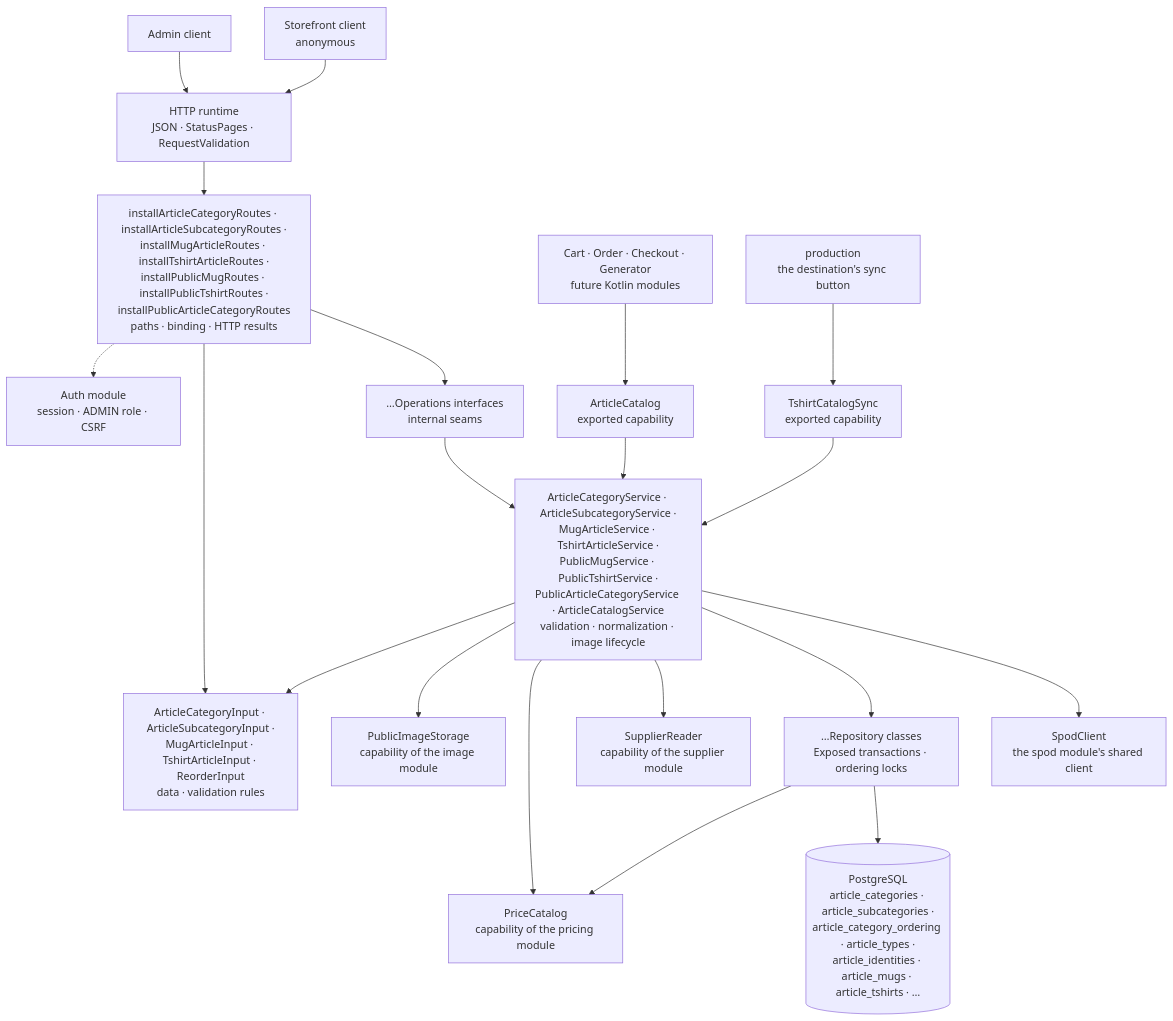
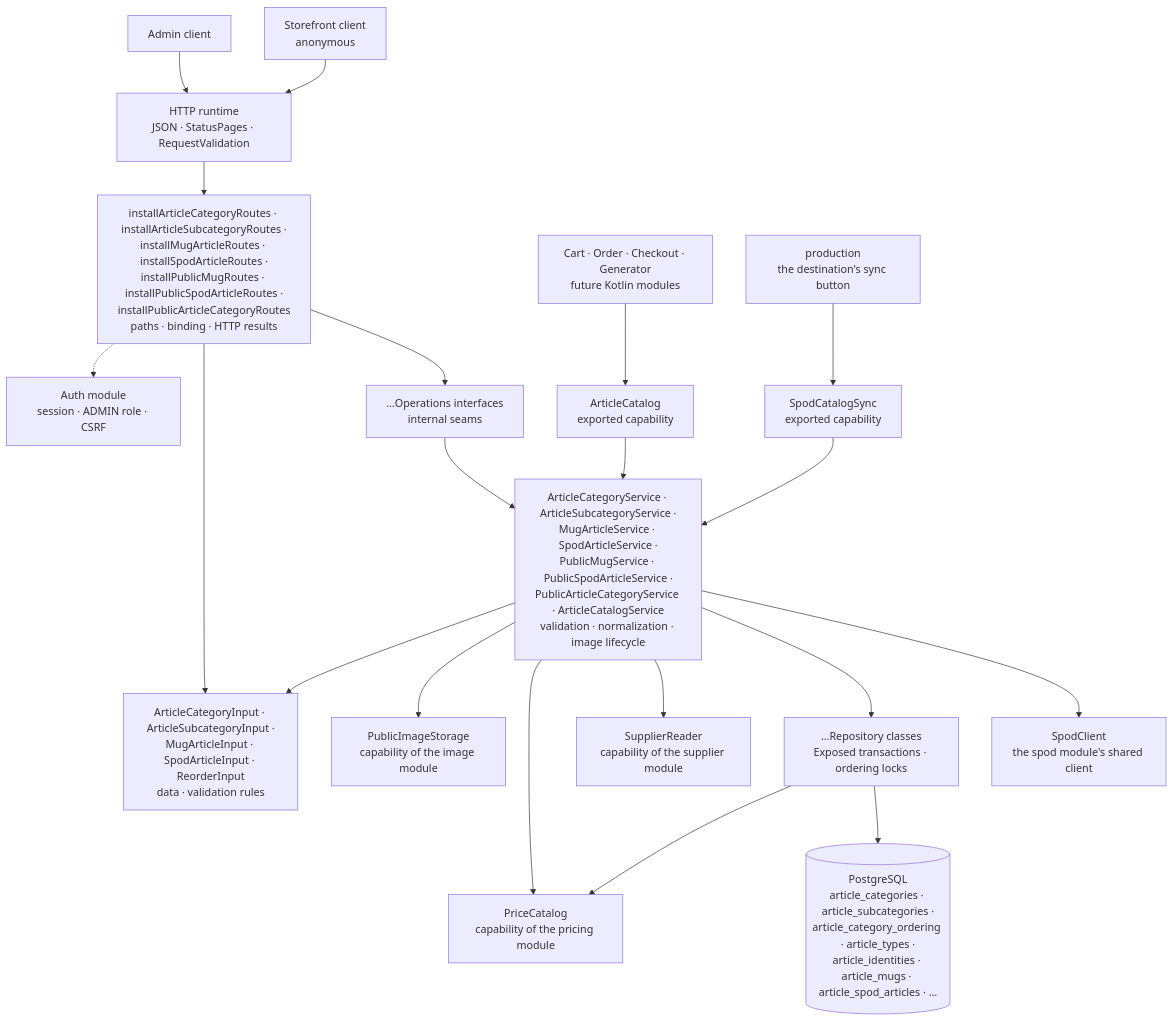
Before and after one commit to bitstorm-tech/voenix-shop-kotlin: the diagram in docs/dev/backend/packages/article-package.md, drawn with Mermaid. The commit also changed other lines of this file and 87 other files, not shown here.

First line of the commit message:
T1 (#260): the t-shirt becomes the generic SPOD article

````diff
--- a/docs/dev/backend/packages/article-package.md
+++ b/docs/dev/backend/packages/article-package.md
@@ -85,38 +91,38 @@
 ```mermaid
 flowchart TB
     Client["Admin client"]
     Shop["Storefront client<br/>anonymous"]
     Http["HTTP runtime<br/>JSON · StatusPages · RequestValidation"]
     Auth["Auth module<br/>session · ADMIN role · CSRF"]
-    Routes["installArticleCategoryRoutes · installArticleSubcategoryRoutes ·<br/>installMugArticleRoutes · installTshirtArticleRoutes ·<br/>installPublicMugRoutes · installPublicTshirtRoutes ·<br/>installPublicArticleCategoryRoutes<br/>paths · binding · HTTP results"]
-    Input["ArticleCategoryInput · ArticleSubcategoryInput ·<br/>MugArticleInput · TshirtArticleInput · ReorderInput<br/>data · validation rules"]
+    Routes["installArticleCategoryRoutes · installArticleSubcategoryRoutes ·<br/>installMugArticleRoutes · installSpodArticleRoutes ·<br/>installPublicMugRoutes · installPublicSpodArticleRoutes ·<br/>installPublicArticleCategoryRoutes<br/>paths · binding · HTTP results"]
+    Input["ArticleCategoryInput · ArticleSubcategoryInput ·<br/>MugArticleInput · SpodArticleInput · ReorderInput<br/>data · validation rules"]
     Operations["…Operations interfaces<br/>internal seams"]
     Consumer["Cart · Order · Checkout · Generator<br/>future Kotlin modules"]
     Catalog["ArticleCatalog<br/>exported capability"]
-    Sync["TshirtCatalogSync<br/>exported capability"]
+    Sync["SpodCatalogSync<br/>exported capability"]
     Production["production<br/>the destination's sync button"]
     SpodClient["SpodClient<br/>the spod module's shared client"]
-    Service["ArticleCategoryService · ArticleSubcategoryService ·<br/>MugArticleService · TshirtArticleService ·<br/>PublicMugService · PublicTshirtService ·<br/>PublicArticleCategoryService · ArticleCatalogService<br/>validation · normalization · image lifecycle"]
+    Service["ArticleCategoryService · ArticleSubcategoryService ·<br/>MugArticleService · SpodArticleService ·<br/>PublicMugService · PublicSpodArticleService ·<br/>PublicArticleCategoryService · ArticleCatalogService<br/>validation · normalization · image lifecycle"]
     Images["PublicImageStorage<br/>capability of the image module"]
     Prices["PriceCatalog<br/>capability of the pricing module"]
     Suppliers["SupplierReader<br/>capability of the supplier module"]
     Repository["…Repository classes<br/>Exposed transactions · ordering locks"]
-    Database[("PostgreSQL<br/>article_categories · article_subcategories ·<br/>article_category_ordering · article_types ·<br/>article_identities · article_mugs · article_tshirts · …")]
+    Database[("PostgreSQL<br/>article_categories · article_subcategories ·<br/>article_category_ordering · article_types ·<br/>article_identities · article_mugs · article_spod_articles · …")]
 
     Client --> Http --> Routes
     Shop --> Http
     Consumer --> Catalog --> Service
     Routes -.-> Auth
     Routes --> Input
     Routes --> Operations
     Operations --> Service
     Service --> Input
     Service --> Images
     Service --> Prices
     Service --> Suppliers
     Service --> Repository
     Repository --> Prices
     Repository --> Database
     Production --> Sync --> Service
     Service --> SpodClient
 ```
````
